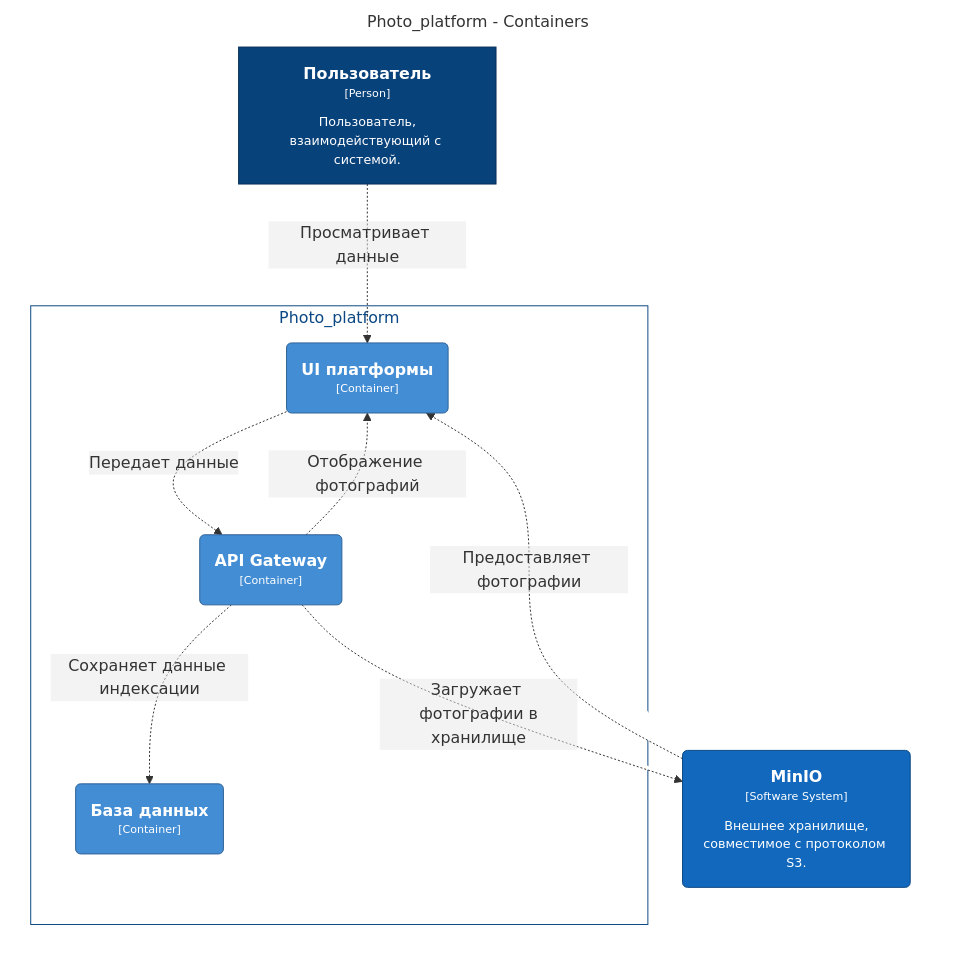
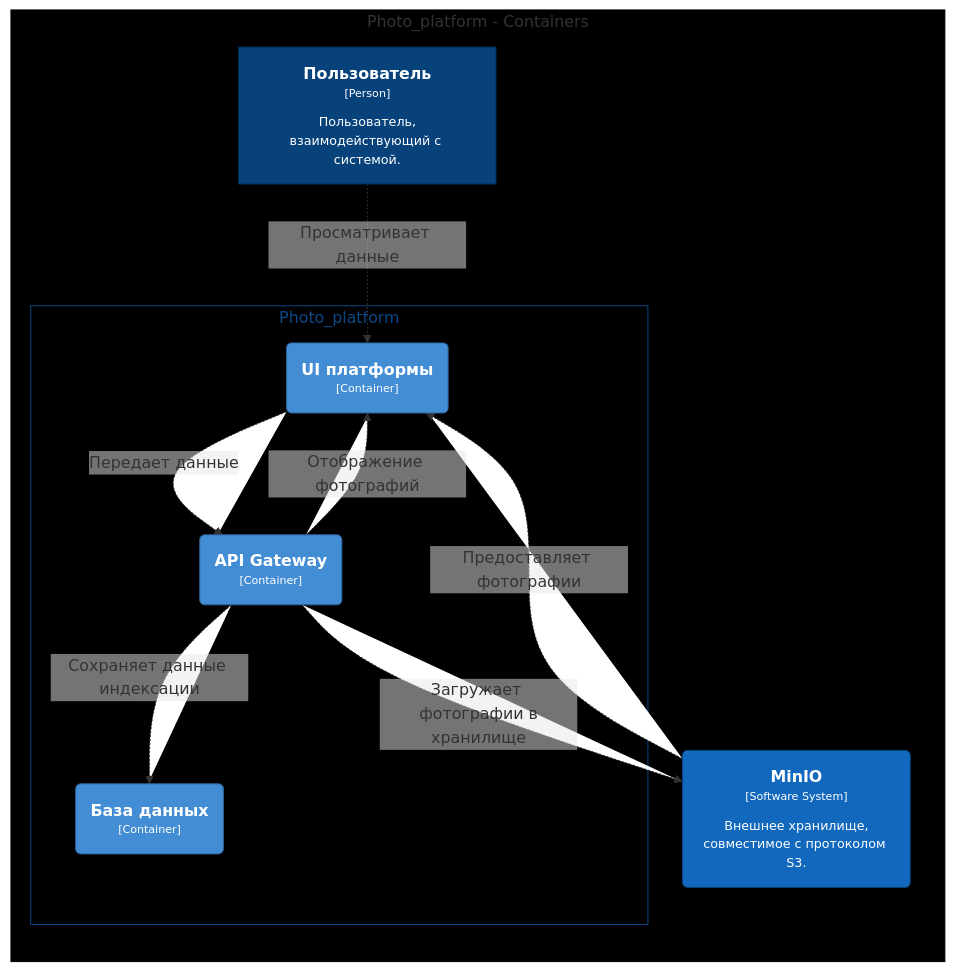
One commit to saneaizog/TestSberTech changed the second of 4 diagrams in README.md. Above: the diagram before and after it, drawn with Mermaid. The commit also changed other lines of this file, not shown here.

````diff
--- a/README.md
+++ b/README.md
@@ -205,31 +206,32 @@
  ```mermaid
 graph LR
   linkStyle default fill:#ffffff
 
   subgraph diagram ["Photo_platform - Containers"]
-    style diagram fill:#ffffff,stroke:#ffffff
+    style diagram fill:#000000,stroke:#000000
 
-    1["<div style='font-weight: bold'>Пользователь</div><div style='font-size: 70%; margin-top: 0px'>[Person]</div><div style='font-size: 80%; margin-top:10px'>Пользователь,<br />взаимодействующий с системой.</div>"]
+    1["<div style='font-weight: bold; color: #ffffff;'>Пользователь</div><div style='font-size: 70%; margin-top: 0px; color: #ffffff;'>[Person]</div><div style='font-size: 80%; margin-top:10px; color: #ffffff;'>Пользователь,<br />взаимодействующий с системой.</div>"]
     style 1 fill:#08427b,stroke:#052e56,color:#ffffff
-    16("<div style='font-weight: bold'>MinIO</div><div style='font-size: 70%; margin-top: 0px'>[Software System]</div><div style='font-size: 80%; margin-top:10px'>Внешнее хранилище,<br />совместимое с протоколом S3.</div>")
-    style 16 fill:#1168bd,stroke:#0b4884,color:#ffffff
+    13("<div style='font-weight: bold; color: #ffffff;'>MinIO</div><div style='font-size: 70%; margin-top: 0px; color: #ffffff;'>[Software System]</div><div style='font-size: 80%; margin-top:10px; color: #ffffff;'>Внешнее хранилище,<br />совместимое с протоколом S3.</div>")
+    style 13 fill:#1168bd,stroke:#0b4884,color:#ffffff
 
     subgraph 2 ["Photo_platform"]
-      style 2 fill:#ffffff,stroke:#0b4884,color:#0b4884
+      style 2 fill:#000000,stroke:#0b4884,color:#0b4884
 
-      14("<div style='font-weight: bold'>База данных</div><div style='font-size: 70%; margin-top: 0px'>[Container]</div>")
-      style 14 fill:#438dd5,stroke:#2e6295,color:#ffffff
-      3("<div style='font-weight: bold'>UI платформы</div><div style='font-size: 70%; margin-top: 0px'>[Container]</div>")
+      11("<div style='font-weight: bold; color: #ffffff;'>База данных</div><div style='font-size: 70%; margin-top: 0px; color: #ffffff;'>[Container]</div>")
+      style 11 fill:#438dd5,stroke:#2e6295,color:#ffffff
+      3("<div style='font-weight: bold; color: #ffffff;'>UI платформы</div><div style='font-size: 70%; margin-top: 0px; color: #ffffff;'>[Container]</div>")
       style 3 fill:#438dd5,stroke:#2e6295,color:#ffffff
-      6("<div style='font-weight: bold'>API Gateway</div><div style='font-size: 70%; margin-top: 0px'>[Container]</div>")
+      6("<div style='font-weight: bold; color: #ffffff;'>API Gateway</div><div style='font-size: 70%; margin-top: 0px; color: #ffffff;'>[Container]</div>")
       style 6 fill:#438dd5,stroke:#2e6295,color:#ffffff
     end
 
-    3-. "<div>Передает данные</div><div style='font-size: 70%'></div>" .->6
-    6-. "<div>Сохраняет данные индексации</div><div style='font-size: 70%'></div>" .->14
-    16-. "<div>Предоставляет фотографии</div><div style='font-size: 70%'></div>" .->3
-    6-. "<div>Отображение фотографий</div><div style='font-size: 70%'></div>" .->3
-    6-. "<div>Загружает фотографии в<br />хранилище</div><div style='font-size: 70%'></div>" .->16
-    1-. "<div>Просматривает данные</div><div style='font-size: 70%'></div>" .->3
+    3-. "<div style='color: #ffffff;'>Передает данные</div><div style='font-size: 70%'></div>" .->6
+    6-. "<div style='color: #ffffff;'>Сохраняет данные индексации</div><div style='font-size: 70%'></div>" .->11
+    13-. "<div style='color: #ffffff;'>Предоставляет фотографии</div><div style='font-size: 70%'></div>" .->3
+    6-. "<div style='color: #ffffff;'>Отображение фотографий</div><div style='font-size: 70%'></div>" .->3
+    6-. "<div style='color: #ffffff;'>Загружает фотографии в<br />хранилище</div><div style='font-size: 70%'></div>" .->13
+    1-. "<div style='color: #ffffff;'>Просматривает данные</div><div style='font-size: 70%'></div>" .->3
   end
+
 ```
````
